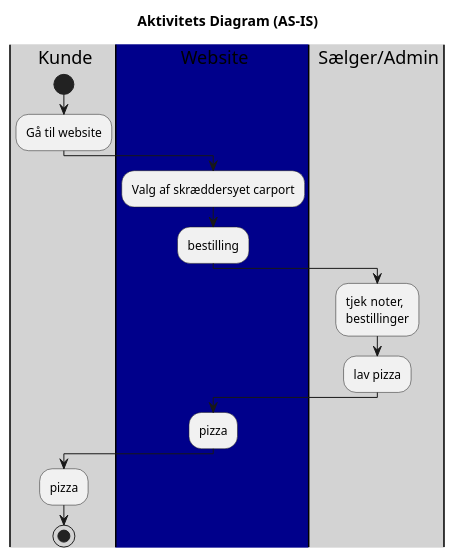
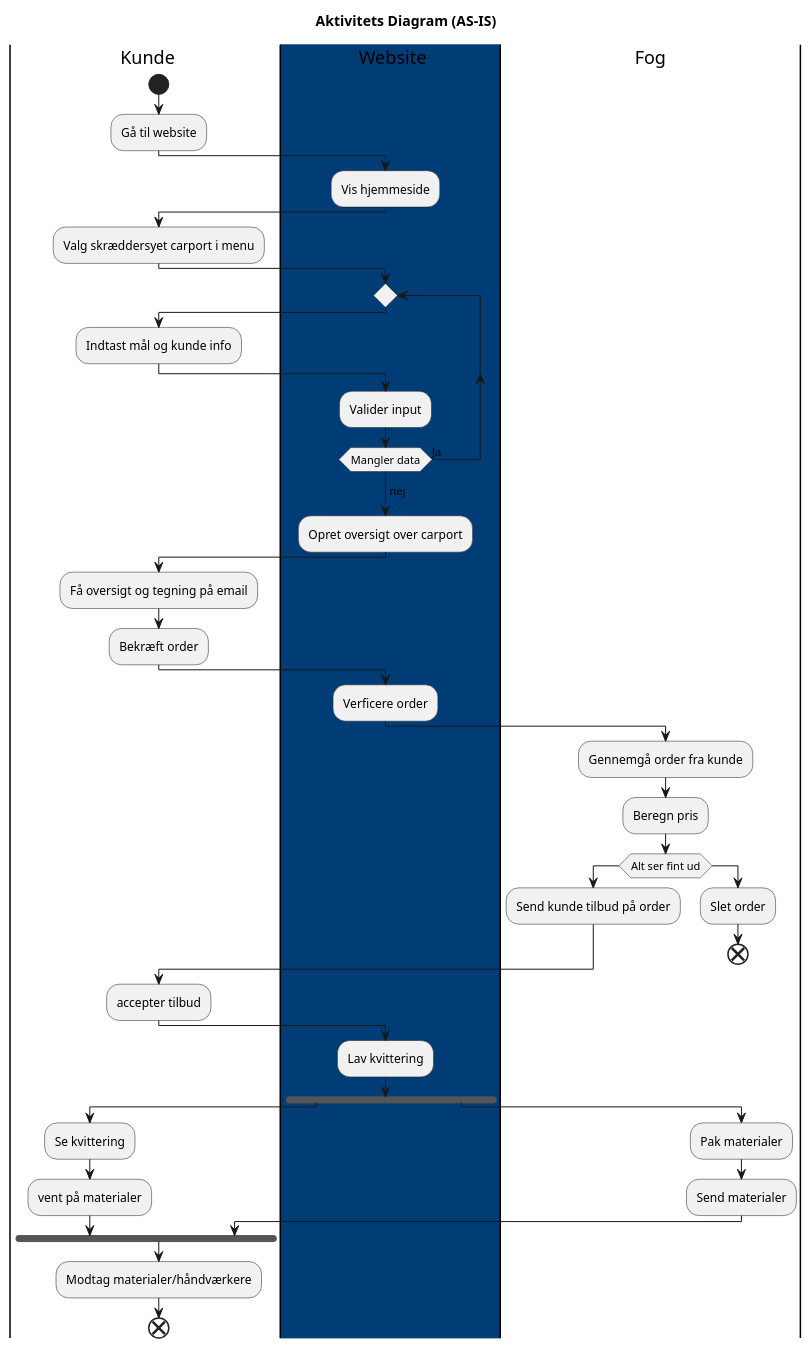
One commit to larvad/carport changed the diagram in documentation/As-Is.puml. Above: the diagram before and after it, drawn with PlantUML.

Commit message:
update til aktivitets diagram AS-IS

```diff
--- a/documentation/As-Is.puml
+++ b/documentation/As-Is.puml
@@ -1,19 +1,55 @@
 @startuml
 'https://plantuml.com/activity-diagram-beta
 Title Aktivitets Diagram (AS-IS)
-|#lightgrey|k| Kunde
+|k| Kunde
 start
 :Gå til website;
-|#darkblue|w| Website
-:Valg af skræddersyet carport;
-:bestilling;
-|#lightgrey|s| Sælger/Admin
-:tjek noter,
-bestillinger;
-:lav pizza;
 |w|
-:pizza;
+:Vis hjemmeside;
 |k|
-:pizza;
-stop
+:Valg skræddersyet carport i menu;
+
+|#003D76|w| Website
+repeat
+|k|
+:Indtast mål og kunde info;
+|w|
+  :Valider input;
+repeat while (Mangler data) is (Ja)
+->nej;
+|w|
+:Opret oversigt over carport;
+|k|
+:Få oversigt og tegning på email;
+:Bekræft order;
+|w|
+:Verficere order;
+|s|
+:Gennemgå order fra kunde;
+:Beregn pris;
+
+|s|Fog
+if (Alt ser fint ud) then
+  :Send kunde tilbud på order;
+else
+  :Slet order;
+  end
+endif
+|k|
+:accepter tilbud;
+
+|w|
+:Lav kvittering;
+fork
+|k|
+  :Se kvittering;
+  :vent på materialer;
+fork again
+  |s|
+    :Pak materialer;
+    :Send materialer;
+  |k|
+end fork
+:Modtag materialer/håndværkere;
+end
 @enduml
```
